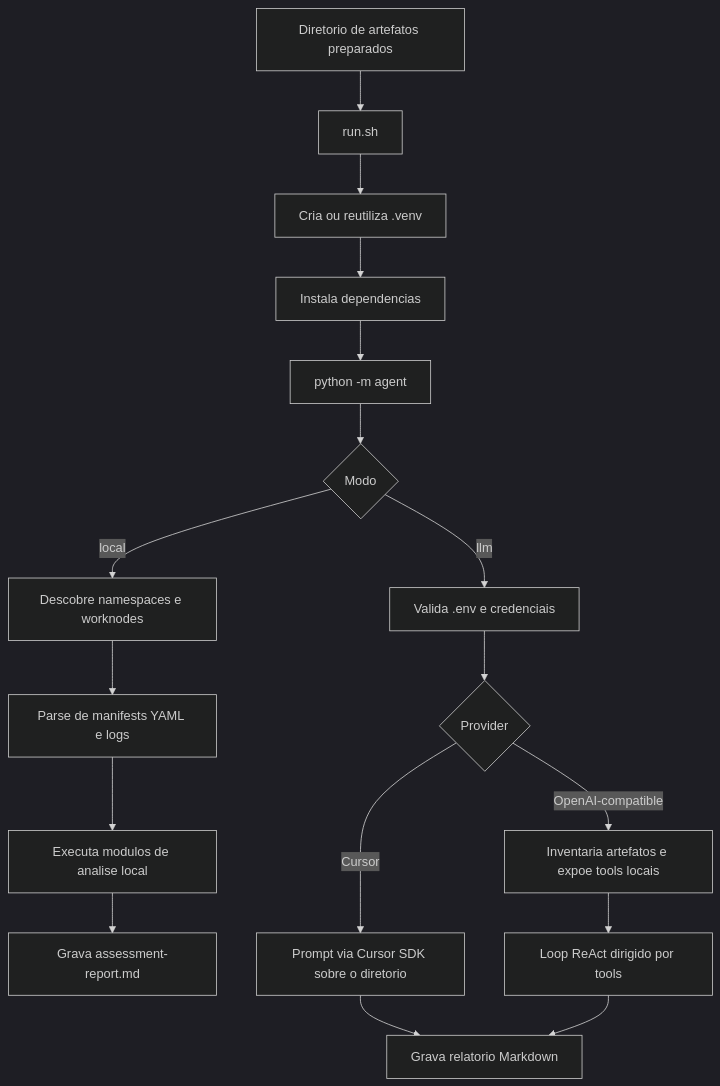
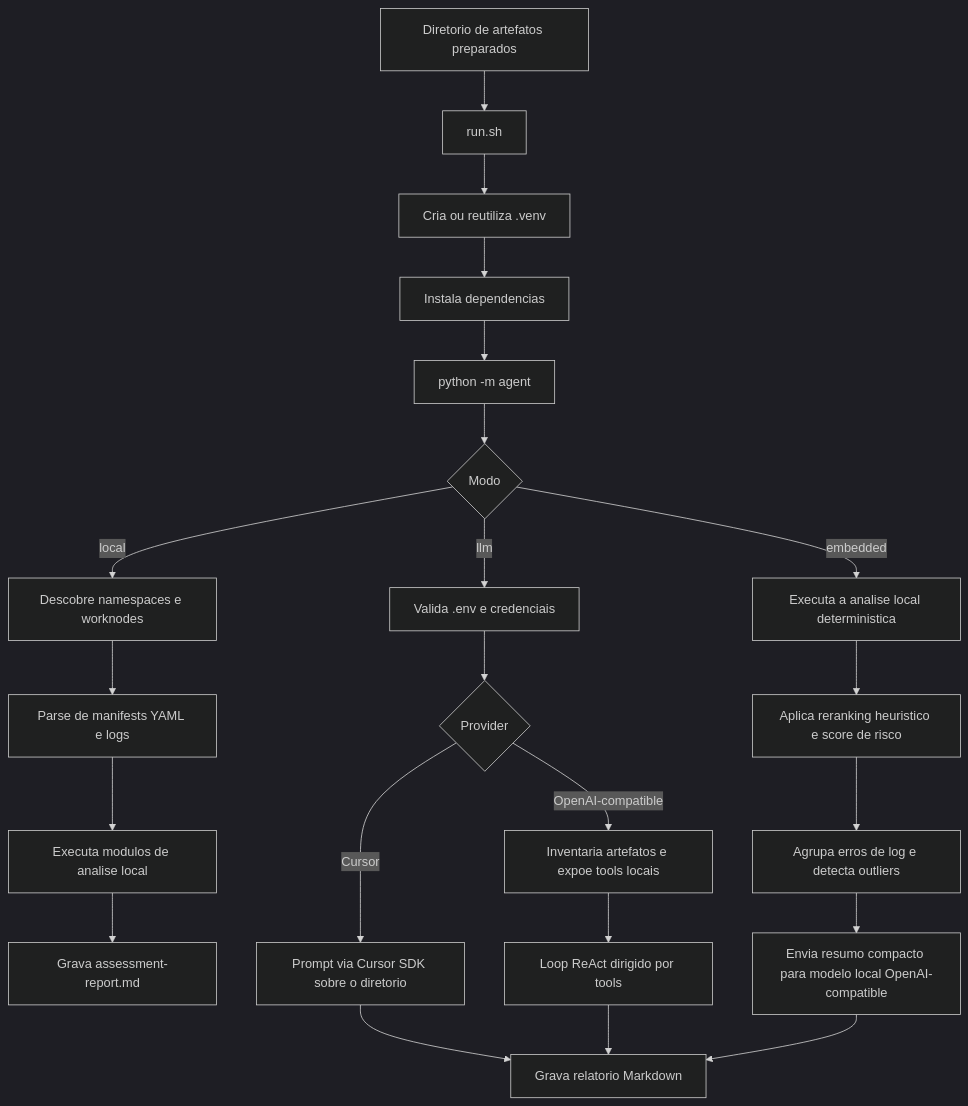
The diagram in README.pt-BR.md (ShiftWise-AI/kubeoptix-analyzer), drawn with Mermaid (dark theme) before and after one commit. The commit also changed 3 other files, not shown here.

````diff
--- a/README.pt-BR.md
+++ b/README.pt-BR.md
@@ -196,21 +196,26 @@
 ```mermaid
 flowchart TD
     A[Diretorio de artefatos preparados] --> B[run.sh]
     B --> C[Cria ou reutiliza .venv]
     C --> D[Instala dependencias]
     D --> E[python -m agent]
     E --> F{Modo}
 
     F -->|local| G[Descobre namespaces e worknodes]
     G --> H[Parse de manifests YAML e logs]
     H --> I[Executa modulos de analise local]
     I --> J[Grava assessment-report.md]
 
     F -->|llm| K[Valida .env e credenciais]
     K --> L{Provider}
     L -->|Cursor| M[Prompt via Cursor SDK sobre o diretorio]
     L -->|OpenAI-compatible| N[Inventaria artefatos e expoe tools locais]
     N --> O[Loop ReAct dirigido por tools]
+    F -->|embedded| Q[Executa a analise local deterministica]
+    Q --> R[Aplica reranking heuristico e score de risco]
+    R --> S[Agrupa erros de log e detecta outliers]
+    S --> T[Envia resumo compacto para modelo local OpenAI-compatible]
     M --> P[Grava relatorio Markdown]
     O --> P
+    T --> P
 ```
````
